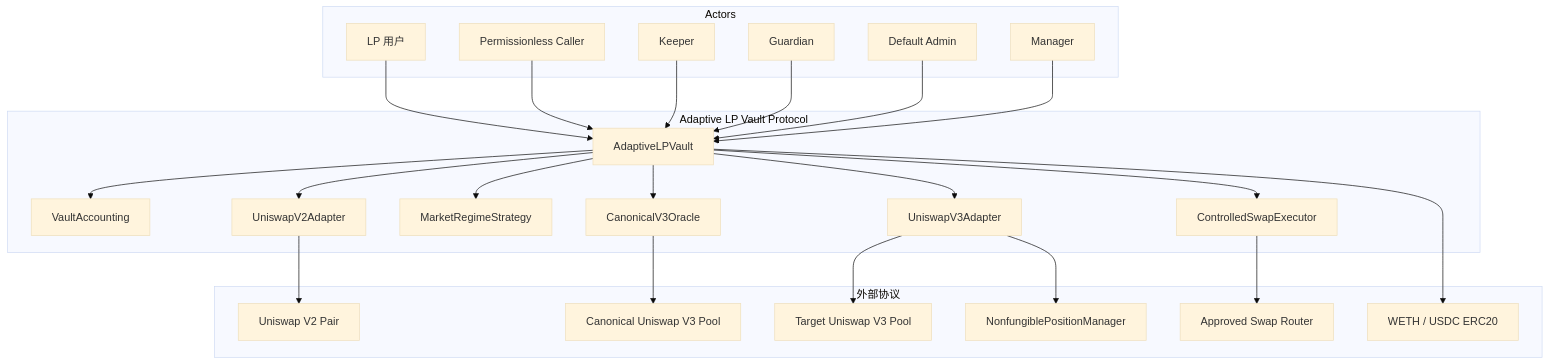
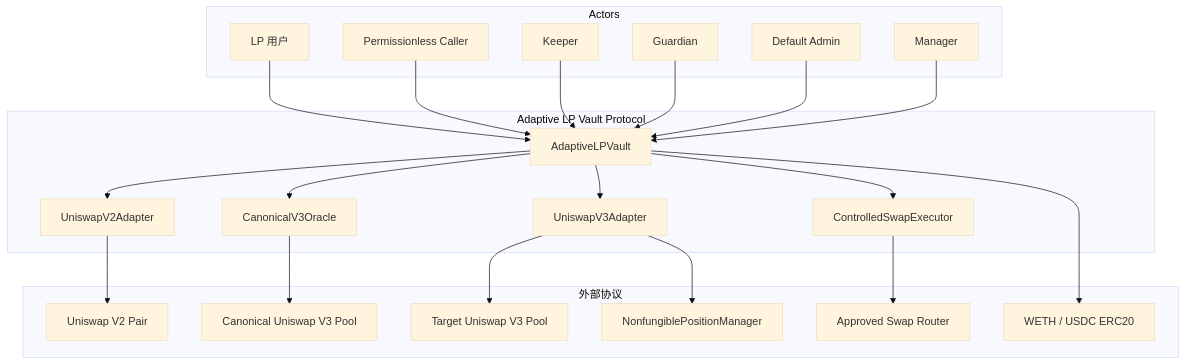
One commit to GGHansome/Adaptive-LP-Vault changed the first of 10 diagrams in ARCHITECTURE.md. Above: the diagram before and after it, drawn with Mermaid (base theme). The commit also changed other lines of this file and 3 other files, not shown here.

````diff
--- a/ARCHITECTURE.md
+++ b/ARCHITECTURE.md
@@ -24,49 +22,45 @@
 ```mermaid
 flowchart TB
     subgraph Actors
         LP[LP 用户]
         Caller[Permissionless Caller]
         Keeper[Keeper]
         Guardian[Guardian]
         DefaultAdmin[Default Admin]
         Manager[Manager]
     end
 
     subgraph Protocol[Adaptive LP Vault Protocol]
         Vault[AdaptiveLPVault]
-        Accounting[VaultAccounting]
         Oracle[CanonicalV3Oracle]
-        Strategy[MarketRegimeStrategy]
         Swap[ControlledSwapExecutor]
         V2Adapter[UniswapV2Adapter]
         V3Adapter[UniswapV3Adapter]
     end
 
     subgraph External[外部协议]
         V2Pair[Uniswap V2 Pair]
         V3Pool[Canonical Uniswap V3 Pool]
         V3Venue[Target Uniswap V3 Pool]
         PositionManager[NonfungiblePositionManager]
         Router[Approved Swap Router]
         ERC20[WETH / USDC ERC20]
     end
 
     LP --> Vault
     Caller --> Vault
     Keeper --> Vault
     Guardian --> Vault
     DefaultAdmin --> Vault
     Manager --> Vault
-    Vault --> Accounting
     Vault --> Oracle
-    Vault --> Strategy
     Vault --> Swap
     Vault --> V2Adapter
     Vault --> V3Adapter
     V2Adapter --> V2Pair
     V3Adapter --> V3Venue
     V3Adapter --> PositionManager
     Oracle --> V3Pool
     Swap --> Router
     Vault --> ERC20
 ```
````
